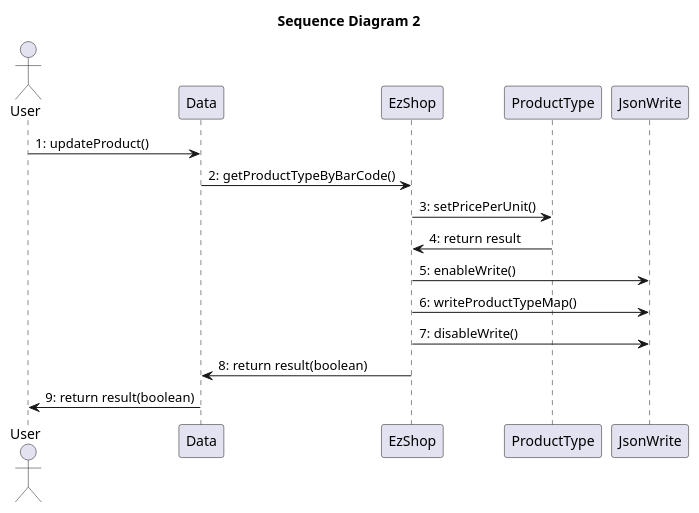
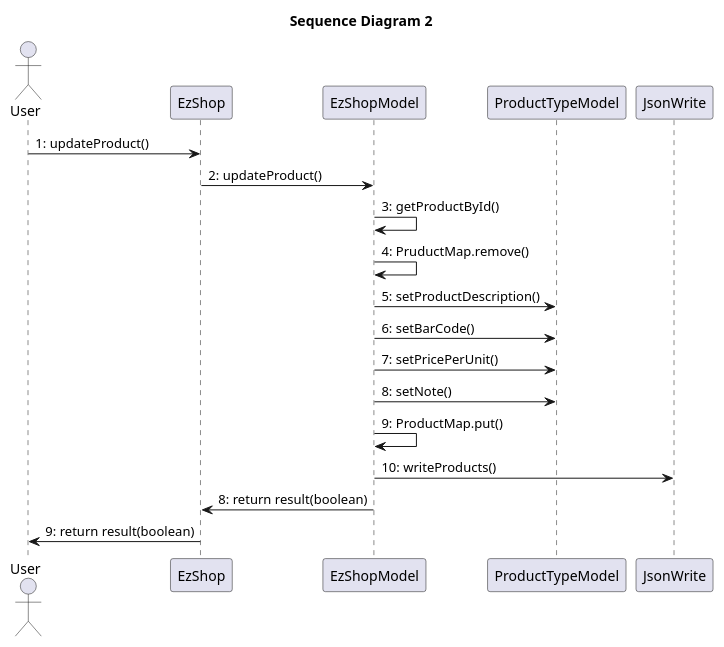
The fourth of 15 diagrams in Deliverables/DesignDocument.md (paolotron/EzshoProject31), drawn with PlantUML before and after one commit. The commit also changed other lines of this file, not shown here.

````diff
--- a/Deliverables/DesignDocument.md
+++ b/Deliverables/DesignDocument.md
@@ -380,21 +380,24 @@
 ``` plantuml
 @startuml
 title "Sequence Diagram 2"
 actor User as U
-participant Data
 participant EzShop
-participant ProductType as P
+participant EzShopModel
+participant ProductTypeModel as P
 participant JsonWrite as JW
 
-U->Data: 1: updateProduct()
-Data->EzShop: 2: getProductTypeByBarCode()
-EzShop->P: 3: setPricePerUnit()
-P->EzShop: 4: return result
-EzShop -> JW: 5: enableWrite()
-EzShop -> JW: 6: writeProductTypeMap()
-EzShop -> JW: 7: disableWrite()
-EzShop->Data: 8: return result(boolean)
-Data->U: 9: return result(boolean)
+U->EzShop: 1: updateProduct()
+EzShop->EzShopModel: 2: updateProduct()
+EzShopModel->EzShopModel: 3: getProductById()
+EzShopModel->EzShopModel: 4: PruductMap.remove()
+EzShopModel->P: 5: setProductDescription()
+EzShopModel->P: 6: setBarCode()
+EzShopModel->P: 7: setPricePerUnit()
+EzShopModel->P: 8: setNote()
+EzShopModel->EzShopModel : 9: ProductMap.put()
+EzShopModel -> JW: 10: writeProducts()
+EzShopModel->EzShop: 8: return result(boolean)
+EzShop->U: 9: return result(boolean)
 @enduml
 
 ```
````
